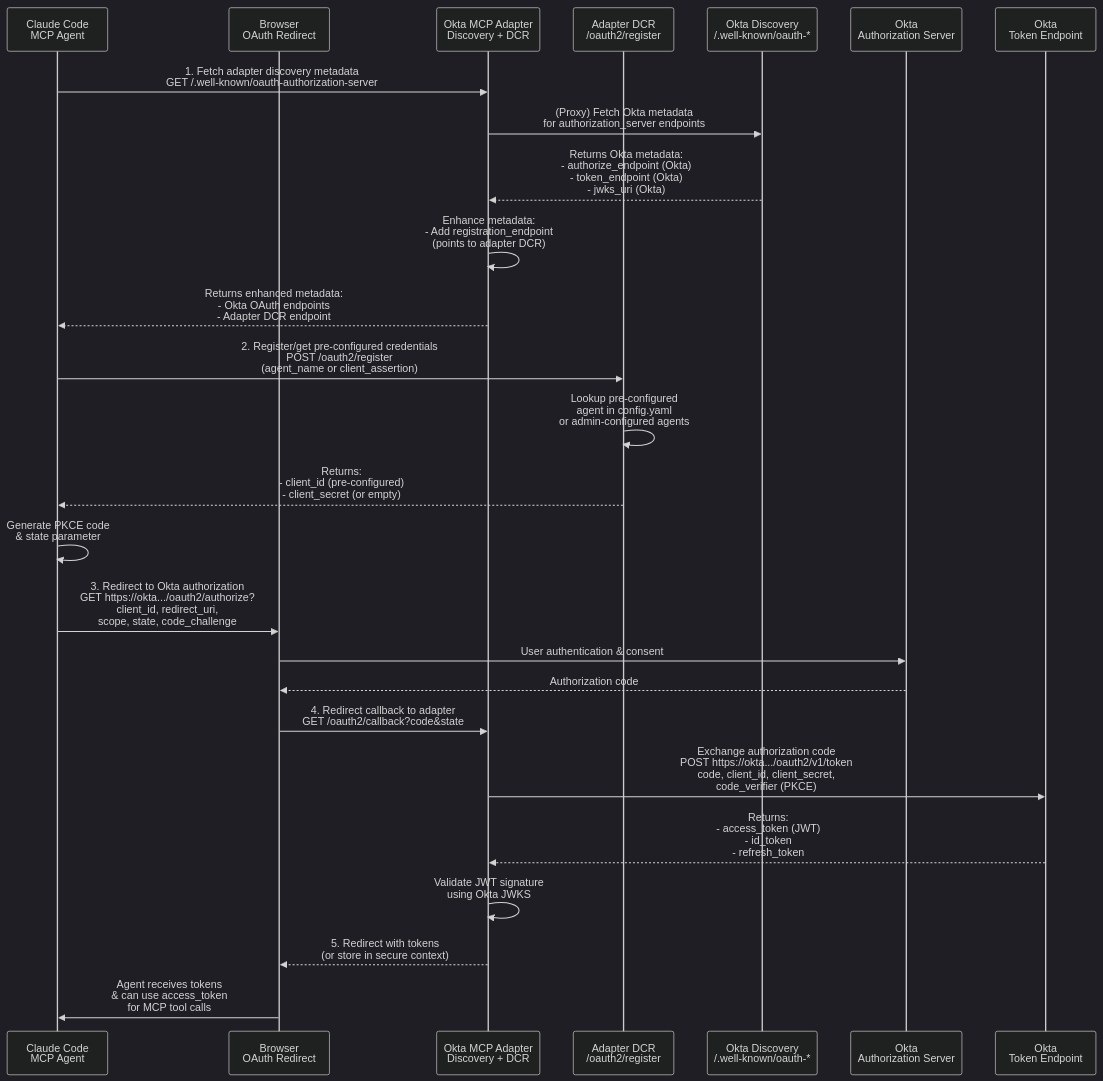
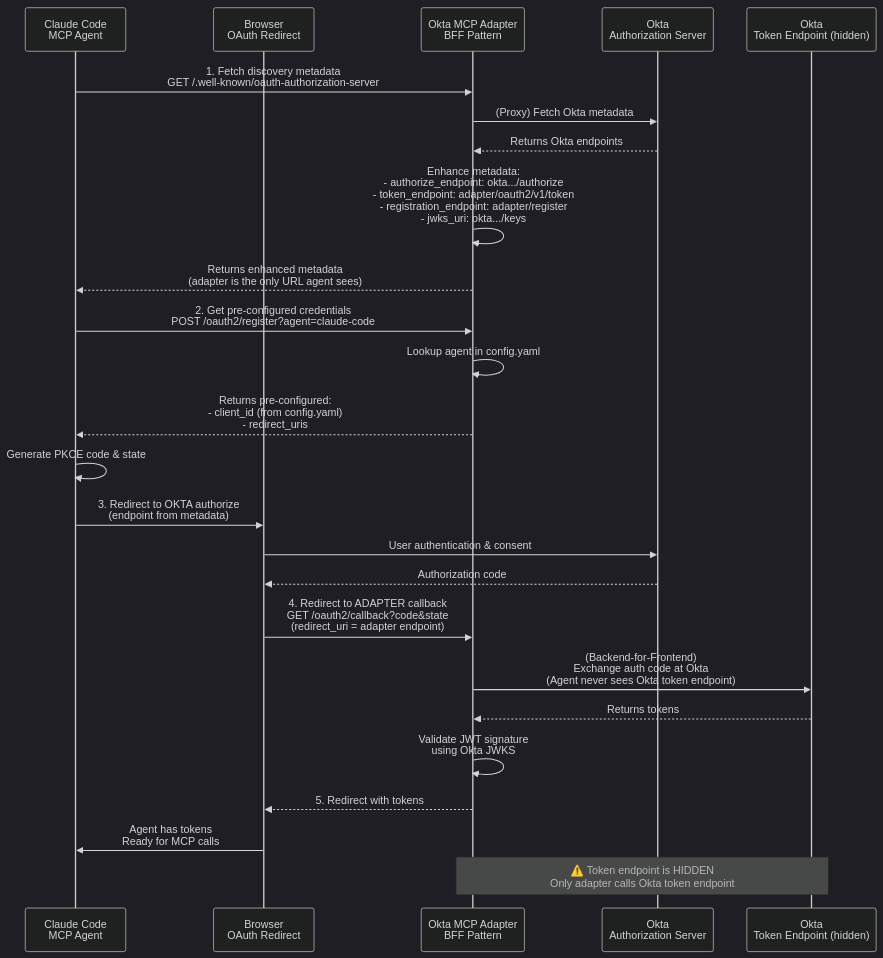
One commit to indranilokg/okta-agent-mcp-adapter changed the third of 4 diagrams in docs/ARCHITECTURE_DIAGRAM.md. Above: the diagram before and after it, drawn with Mermaid (dark theme). The commit also changed other lines of this file, not shown here.

Commit message:
Sequence Flow

````diff
--- a/docs/ARCHITECTURE_DIAGRAM.md
+++ b/docs/ARCHITECTURE_DIAGRAM.md
@@ -163,45 +163,43 @@
 ```mermaid
 sequenceDiagram
     participant Agent as Claude Code<br/>MCP Agent
     participant Browser as Browser<br/>OAuth Redirect
-    participant Adapter as Okta MCP Adapter<br/>Discovery + DCR
-    participant DCREndpoint as Adapter DCR<br/>/oauth2/register
-    participant OktaDisc as Okta Discovery<br/>/.well-known/oauth-*
-    participant AuthzServer as Okta<br/>Authorization Server
-    participant Token as Okta<br/>Token Endpoint
+    participant Adapter as Okta MCP Adapter<br/>BFF Pattern
+    participant OktaAuth as Okta<br/>Authorization Server
+    participant OktaToken as Okta<br/>Token Endpoint (hidden)
 
-    Agent->>Adapter: 1. Fetch adapter discovery metadata<br/>GET /.well-known/oauth-authorization-server
+    Agent->>Adapter: 1. Fetch discovery metadata<br/>GET /.well-known/oauth-authorization-server
     
-    Adapter->>OktaDisc: (Proxy) Fetch Okta metadata<br/>for authorization_server endpoints
+    Adapter->>OktaAuth: (Proxy) Fetch Okta metadata
+    OktaAuth-->>Adapter: Returns Okta endpoints
     
-    OktaDisc-->>Adapter: Returns Okta metadata:<br/>- authorize_endpoint (Okta)<br/>- token_endpoint (Okta)<br/>- jwks_uri (Okta)
+    Adapter->>Adapter: Enhance metadata:<br/>- authorize_endpoint: okta.../authorize<br/>- token_endpoint: adapter/oauth2/v1/token<br/>- registration_endpoint: adapter/register<br/>- jwks_uri: okta.../keys
     
-    Adapter->>Adapter: Enhance metadata:<br/>- Add registration_endpoint<br/>(points to adapter DCR)
+    Adapter-->>Agent: Returns enhanced metadata<br/>(adapter is the only URL agent sees)
     
-    Adapter-->>Agent: Returns enhanced metadata:<br/>- Okta OAuth endpoints<br/>- Adapter DCR endpoint
+    Agent->>Adapter: 2. Get pre-configured credentials<br/>POST /oauth2/register?agent=claude-code
     
-    Agent->>DCREndpoint: 2. Register/get pre-configured credentials<br/>POST /oauth2/register<br/>(agent_name or client_assertion)
+    Adapter->>Adapter: Lookup agent in config.yaml
+    Adapter-->>Agent: Returns pre-configured:<br/>- client_id (from config.yaml)<br/>- redirect_uris
     
-    DCREndpoint->>DCREndpoint: Lookup pre-configured<br/>agent in config.yaml<br/>or admin-configured agents
+    Agent->>Agent: Generate PKCE code & state
     
-    DCREndpoint-->>Agent: Returns:<br/>- client_id (pre-configured)<br/>- client_secret (or empty)
+    Agent->>Browser: 3. Redirect to OKTA authorize<br/>(endpoint from metadata)
     
-    Agent->>Agent: Generate PKCE code<br/>& state parameter
+    Browser->>OktaAuth: User authentication & consent
+    OktaAuth-->>Browser: Authorization code
     
-    Agent->>Browser: 3. Redirect to Okta authorization<br/>GET https://okta.../oauth2/authorize?<br/>client_id, redirect_uri,<br/>scope, state, code_challenge
+    Browser->>Adapter: 4. Redirect to ADAPTER callback<br/>GET /oauth2/callback?code&state<br/>(redirect_uri = adapter endpoint)
     
-    Browser->>AuthzServer: User authentication & consent
-    AuthzServer-->>Browser: Authorization code
+    Adapter->>OktaToken: (Backend-for-Frontend)<br/>Exchange auth code at Okta<br/>(Agent never sees Okta token endpoint)
     
-    Browser->>Adapter: 4. Redirect callback to adapter<br/>GET /oauth2/callback?code&state
-    
-    Adapter->>Token: Exchange authorization code<br/>POST https://okta.../oauth2/v1/token<br/>code, client_id, client_secret,<br/>code_verifier (PKCE)
-    
-    Token-->>Adapter: Returns:<br/>- access_token (JWT)<br/>- id_token<br/>- refresh_token
+    OktaToken-->>Adapter: Returns tokens
     
     Adapter->>Adapter: Validate JWT signature<br/>using Okta JWKS
     
-    Adapter-->>Browser: 5. Redirect with tokens<br/>(or store in secure context)
+    Adapter-->>Browser: 5. Redirect with tokens
     
-    Browser->>Agent: Agent receives tokens<br/>& can use access_token<br/>for MCP tool calls
+    Browser->>Agent: Agent has tokens<br/>Ready for MCP calls
+    
+    Note over Adapter,OktaToken: ⚠️ Token endpoint is HIDDEN<br/>Only adapter calls Okta token endpoint
 ```
````
